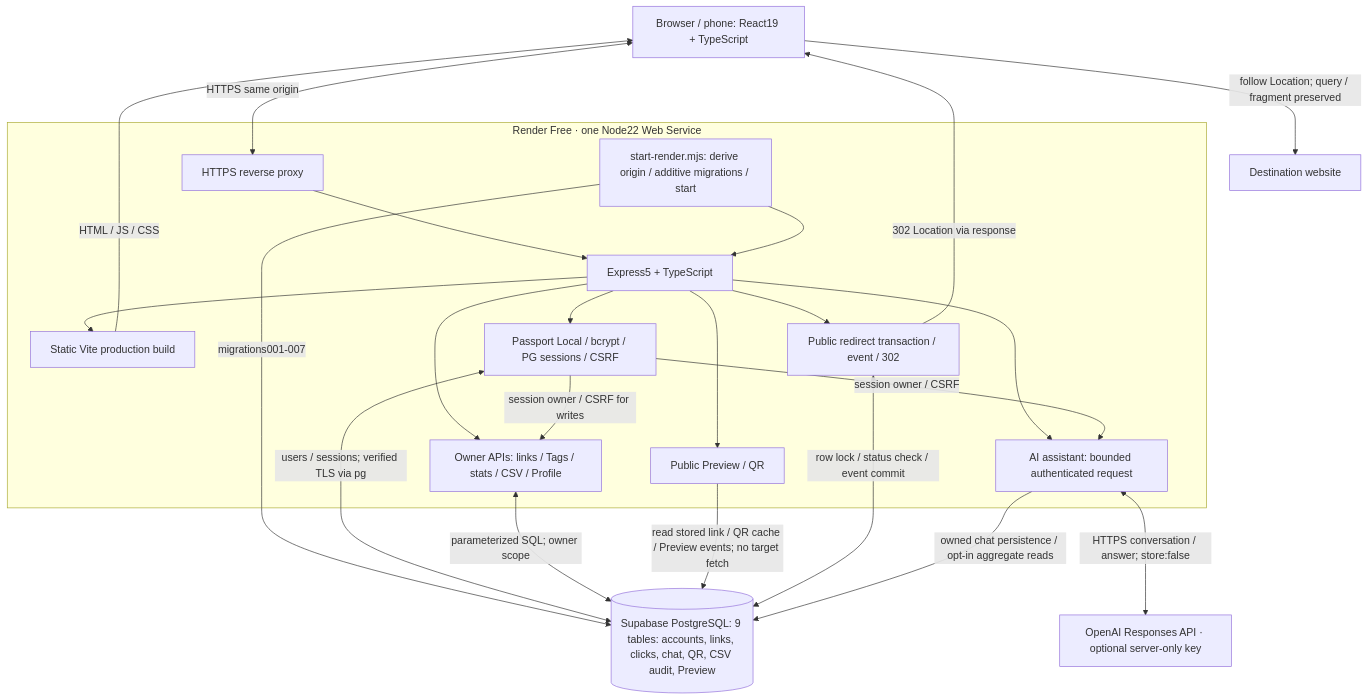
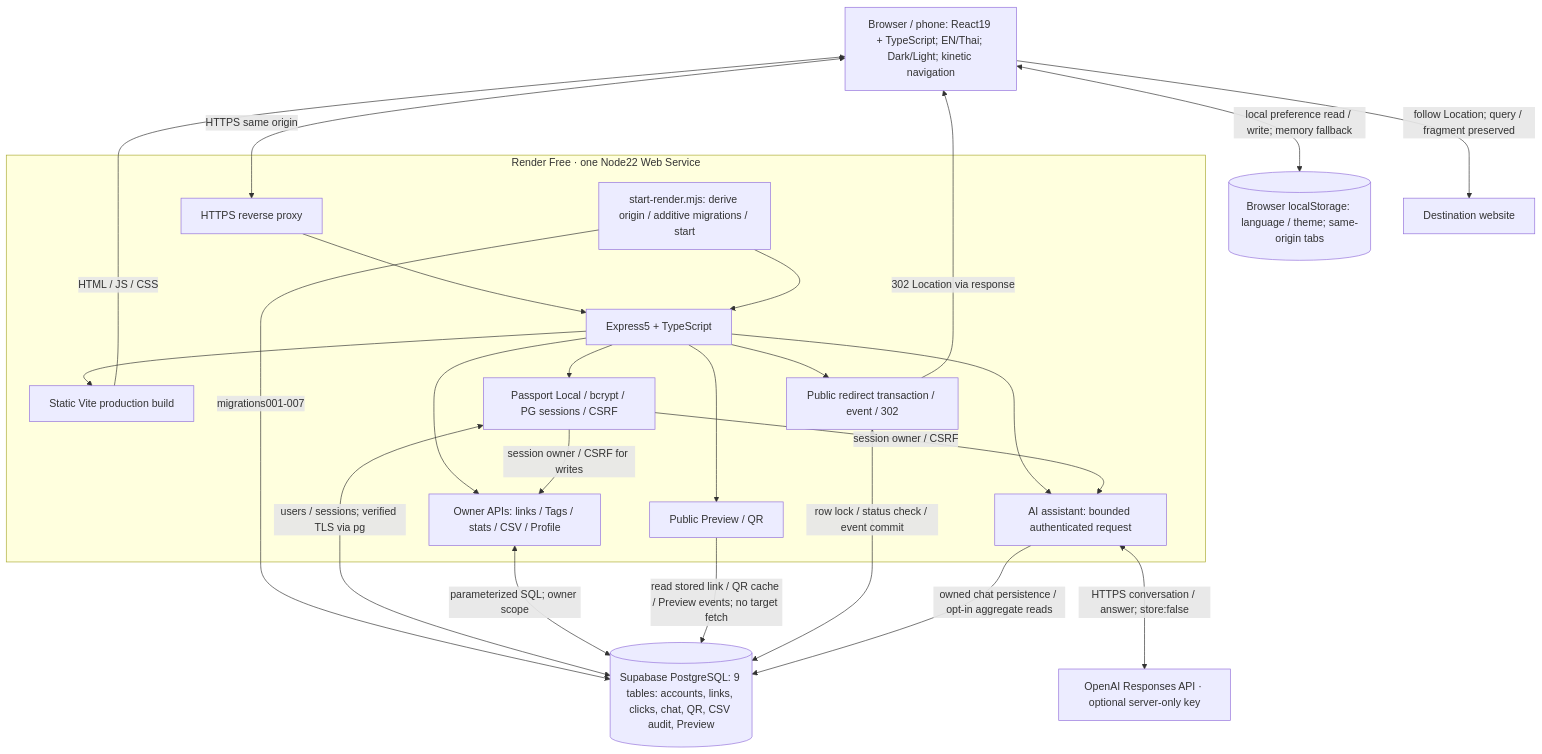
Before and after one commit to nicky-wrc/short-url-system: the diagram in docs/diagrams/architecture.mmd, drawn with Mermaid. The commit also changed 18 other files, not shown here.

Commit message:
feat(ui): add kinetic navigation and themed language menu, update system docs

```diff
--- a/docs/diagrams/architecture.mmd
+++ b/docs/diagrams/architecture.mmd
@@ -1,37 +1,39 @@
 flowchart TB
-  B["Browser / phone: React19 + TypeScript"]
+  B["Browser / phone: React19 + TypeScript; EN/Thai; Dark/Light; kinetic navigation"]
+  L[("Browser localStorage: language / theme; same-origin tabs")]
+  B <-->|"local preference read / write; memory fallback"| L
   subgraph R["Render Free · one Node22 Web Service"]
     H["HTTPS reverse proxy"]
     E["Express5 + TypeScript"]
     S["Static Vite production build"]
     A["Passport Local / bcrypt / PG sessions / CSRF"]
     M["Owner APIs: links / Tags / stats / CSV / Profile"]
     P["Public Preview / QR"]
     X["Public redirect transaction / event / 302"]
     C["AI assistant: bounded authenticated request"]
     START["start-render.mjs: derive origin / additive migrations / start"]
   end
   D[("Supabase PostgreSQL: 9 tables: accounts, links, clicks, chat, QR, CSV audit, Preview")]
   AI["OpenAI Responses API · optional server-only key"]
   T["Destination website"]
   B <-->|"HTTPS same origin"| H
   H --> E
   START --> E
   START -->|"migrations001-007"| D
   E --> S
   S -->|"HTML / JS / CSS"| B
   E --> A
   E --> M
   E --> P
   E --> X
   E --> C
   A <-->|"users / sessions; verified TLS via pg"| D
   A -->|"session owner / CSRF for writes"| M
   A -->|"session owner / CSRF"| C
   M <-->|"parameterized SQL; owner scope"| D
   P -->|"read stored link / QR cache / Preview events; no target fetch"| D
   X <-->|"row lock / status check / event commit"| D
   C -->|"owned chat persistence / opt-in aggregate reads"| D
   C <-->|"HTTPS conversation / answer; store:false"| AI
   X -->|"302 Location via response"| B
   B -->|"follow Location; query / fragment preserved"| T
```
